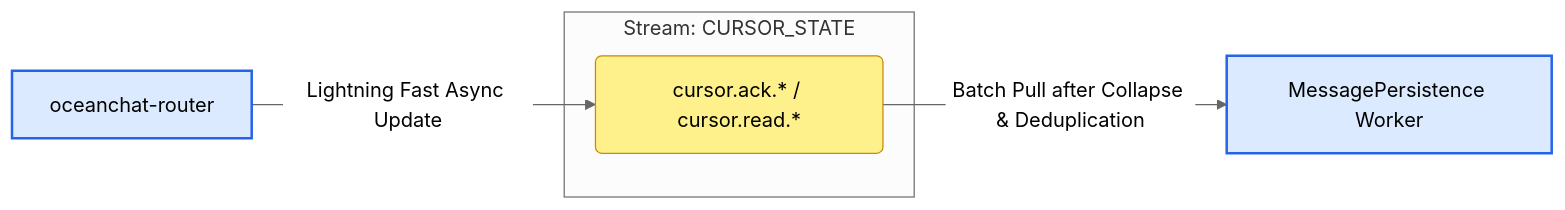
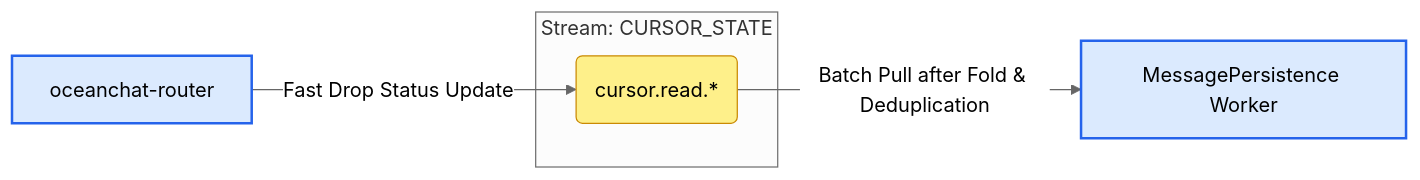
The seventh of 12 diagrams in docs/devdocs/jetstream-strategy.md (JamesWilson19970101/ocean.chat.docs), drawn with Mermaid (neutral theme) before and after one commit. The commit also changed other lines of this file and 5 other files, not shown here.

First line of the commit message:
docs(architecture): update JetStream strategy, microservices and ADRs

````diff
--- a/docs/devdocs/jetstream-strategy.md
+++ b/docs/devdocs/jetstream-strategy.md
@@ -339,16 +331,16 @@
 ```mermaid
 flowchart LR
   classDef gateway fill:#f3e8ff,stroke:#9333ea,stroke-width:2px,color:#000;
   classDef service fill:#dbeafe,stroke:#2563eb,stroke-width:2px,color:#000;
   classDef subject fill:#fef08a,stroke:#ca8a04,stroke-width:1px,color:#000;
 
   P[oceanchat-router]:::service
   C[MessagePersistence Worker]:::service
 
   subgraph Stream: CURSOR_STATE
-    SUB(cursor.ack.* / cursor.read.*):::subject
+    SUB(cursor.read.*):::subject
   end
 
-  P -- Lightning Fast Async Update --> SUB
-  SUB -- Batch Pull after Collapse & Deduplication --> C
+  P -- Fast Drop Status Update --> SUB
+  SUB -- Batch Pull after Fold & Deduplication --> C
 ```
````
